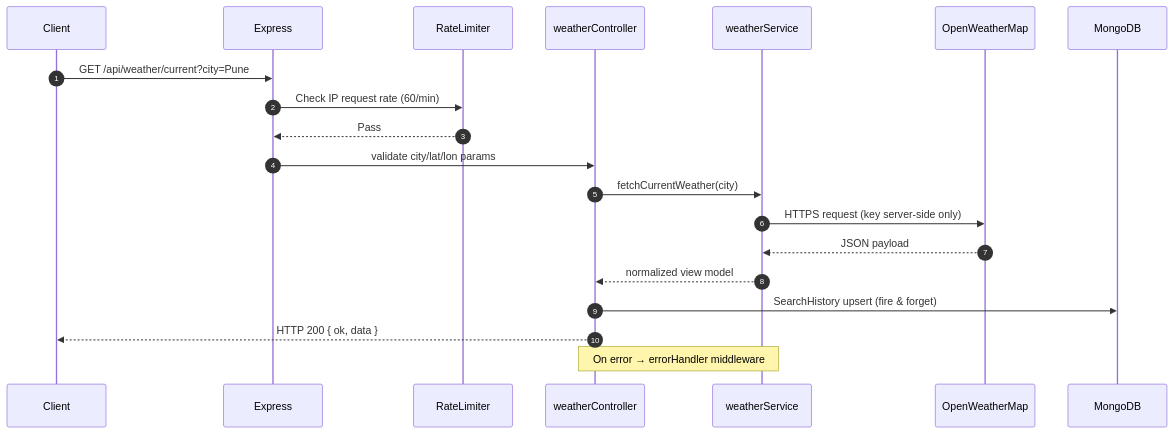
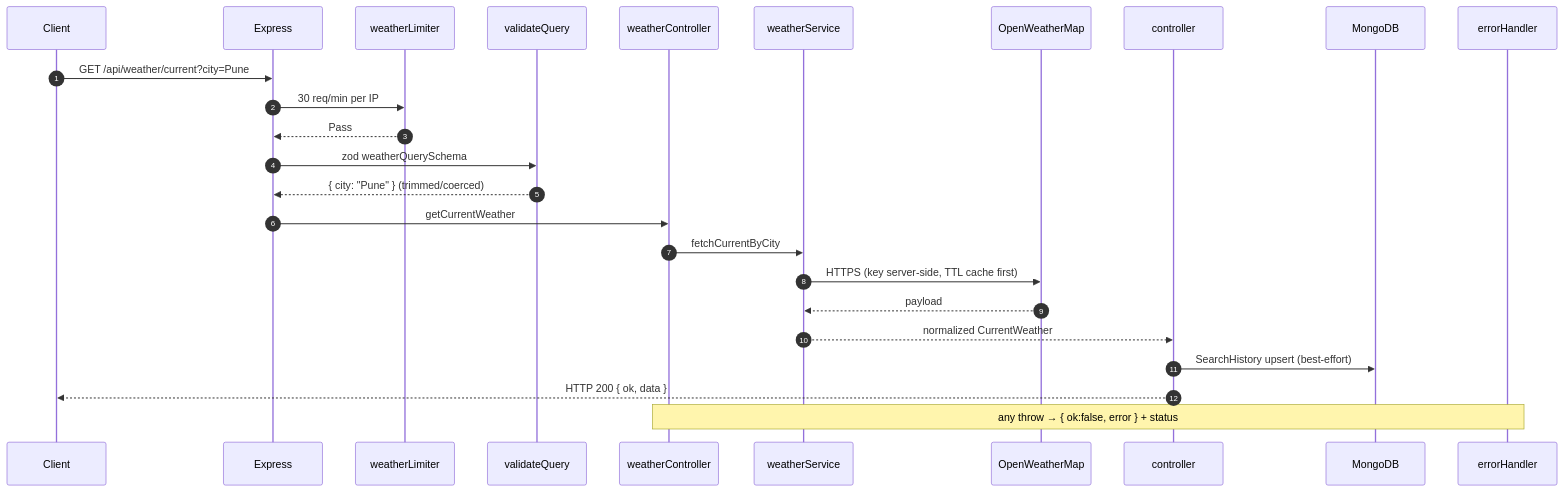
Before and after one commit to joshipriyanshu125/ICP-2AA73905-2026-REPO: the diagram in Week4/documentation.md, drawn with Mermaid. The commit also changed other lines of this file and 2 other files, not shown here.

````diff
--- a/Week4/documentation.md
+++ b/Week4/documentation.md
@@ -357,15 +343,17 @@
 ```mermaid
 sequenceDiagram
     autonumber
     Client->>Express: GET /api/weather/current?city=Pune
-    Express->>RateLimiter: Check IP request rate (60/min)
-    RateLimiter-->>Express: Pass
-    Express->>weatherController: validate city/lat/lon params
-    weatherController->>weatherService: fetchCurrentWeather(city)
-    weatherService->>OpenWeatherMap: HTTPS request (key server-side only)
-    OpenWeatherMap-->>weatherService: JSON payload
-    weatherService-->>weatherController: normalized view model
-    weatherController->>MongoDB: SearchHistory upsert (fire & forget)
-    weatherController-->>Client: HTTP 200 { ok, data }
-    Note over weatherService,weatherController: On error → errorHandler middleware
+    Express->>weatherLimiter: 30 req/min per IP
+    weatherLimiter-->>Express: Pass
+    Express->>validateQuery: zod weatherQuerySchema
+    validateQuery-->>Express: { city: "Pune" } (trimmed/coerced)
+    Express->>weatherController: getCurrentWeather
+    weatherController->>weatherService: fetchCurrentByCity
+    weatherService->>OpenWeatherMap: HTTPS (key server-side, TTL cache first)
+    OpenWeatherMap-->>weatherService: payload
+    weatherService-->>controller: normalized CurrentWeather
+    controller->>MongoDB: SearchHistory upsert (best-effort)
+    controller-->>Client: HTTP 200 { ok, data }
+    Note over weatherController,errorHandler: any throw → { ok:false, error } + status
 ```
````
